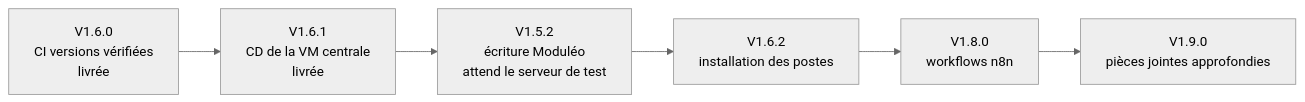
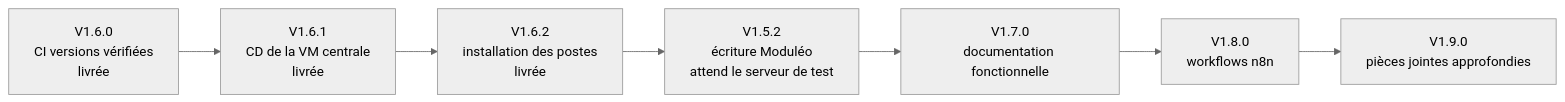
One commit to UlyssouLV/BBASS-Agents-IA changed the third of 3 diagrams in README.md. Above: the diagram before and after it, drawn with Mermaid (neutral theme). The commit also changed other lines of this file and 256 other files, not shown here.

First line of the commit message:
V1.6.2 — Installateur et mise à jour automatique des postes (#248)

````diff
--- a/README.md
+++ b/README.md
@@ -174,8 +174,9 @@
 ```mermaid
 flowchart LR
   V160["V1.6.0<br/>CI versions vérifiées<br/>livrée"] --> V161["V1.6.1<br/>CD de la VM centrale<br/>livrée"]
-  V161 --> V152["V1.5.2<br/>écriture Moduléo<br/>attend le serveur de test"]
-  V152 --> V162["V1.6.2<br/>installation des postes"]
-  V162 --> V180["V1.8.0<br/>workflows n8n"]
+  V161 --> V162["V1.6.2<br/>installation des postes<br/>livrée"]
+  V162 --> V152["V1.5.2<br/>écriture Moduléo<br/>attend le serveur de test"]
+  V152 --> V170["V1.7.0<br/>documentation fonctionnelle"]
+  V170 --> V180["V1.8.0<br/>workflows n8n"]
   V180 --> V190["V1.9.0<br/>pièces jointes approfondies"]
 ```
````
